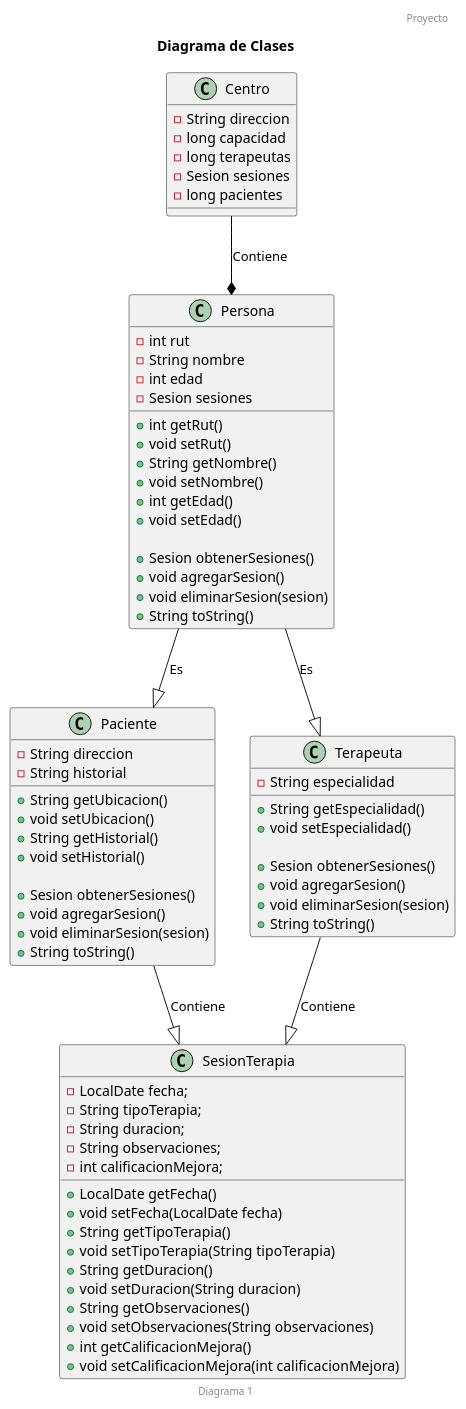
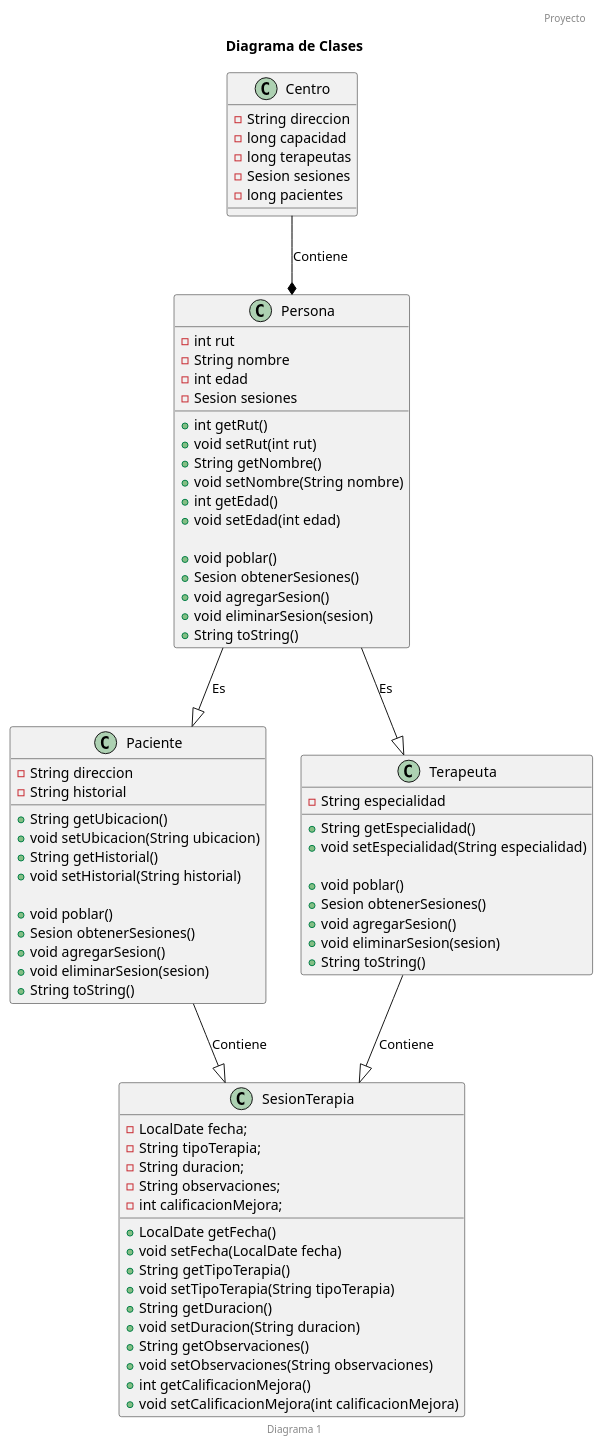
Before and after one commit to Ian-Misael/Proyecto-SIA: the diagram in src/main/java/Diagramas/Diagrama de Clases.puml, drawn with PlantUML. The commit also changed 6 other files, not shown here.

Commit message:
Modificaciones y UML Collections

```diff
--- a/src/main/java/Diagramas/Diagrama de Clases.puml
+++ b/src/main/java/Diagramas/Diagrama de Clases.puml
@@ -1,87 +1,90 @@
 @startuml Programa
 
 title Diagrama de Clases
 header Proyecto
 footer Diagrama 1
 
 class Centro {
     - String direccion
     - long capacidad
     - long terapeutas
     - Sesion sesiones
     - long pacientes
     
 }
 
 class Persona {
     - int rut
     - String nombre
     - int edad
     - Sesion sesiones
 
     + int getRut()
-    + void setRut()
+    + void setRut(int rut)
     + String getNombre()
-    + void setNombre()
+    + void setNombre(String nombre)
     + int getEdad()
-    + void setEdad()
+    + void setEdad(int edad)
 
+    + void poblar()
     + Sesion obtenerSesiones()
     + void agregarSesion()
     + void eliminarSesion(sesion)
     + String toString()
 }
 
 class Paciente {
     - String direccion
     - String historial
     
     + String getUbicacion()
-    + void setUbicacion()
+    + void setUbicacion(String ubicacion)
     + String getHistorial()
-    + void setHistorial()
+    + void setHistorial(String historial)
 
+    + void poblar()
     + Sesion obtenerSesiones()
     + void agregarSesion()
     + void eliminarSesion(sesion)
     + String toString()
 }
 
 class Terapeuta {
     - String especialidad
     
     + String getEspecialidad()
-    + void setEspecialidad()
+    + void setEspecialidad(String especialidad)
 
+    + void poblar()
     + Sesion obtenerSesiones()
     + void agregarSesion()
     + void eliminarSesion(sesion)
     + String toString()
 }
 
 class SesionTerapia {
     - LocalDate fecha;
     - String tipoTerapia;
     - String duracion;
     - String observaciones;
     - int calificacionMejora;
 
     + LocalDate getFecha()
     + void setFecha(LocalDate fecha)
     + String getTipoTerapia() 
     + void setTipoTerapia(String tipoTerapia)
     + String getDuracion()
     + void setDuracion(String duracion)
     + String getObservaciones() 
     + void setObservaciones(String observaciones)
     + int getCalificacionMejora()
     + void setCalificacionMejora(int calificacionMejora)
 }
 
 Centro -[#black]-* Persona : Contiene
 Persona --|> Paciente : Es
 Persona --|> Terapeuta : Es
 Terapeuta --|> SesionTerapia : Contiene
 Paciente --|> SesionTerapia : Contiene
 
 @enduml
```
